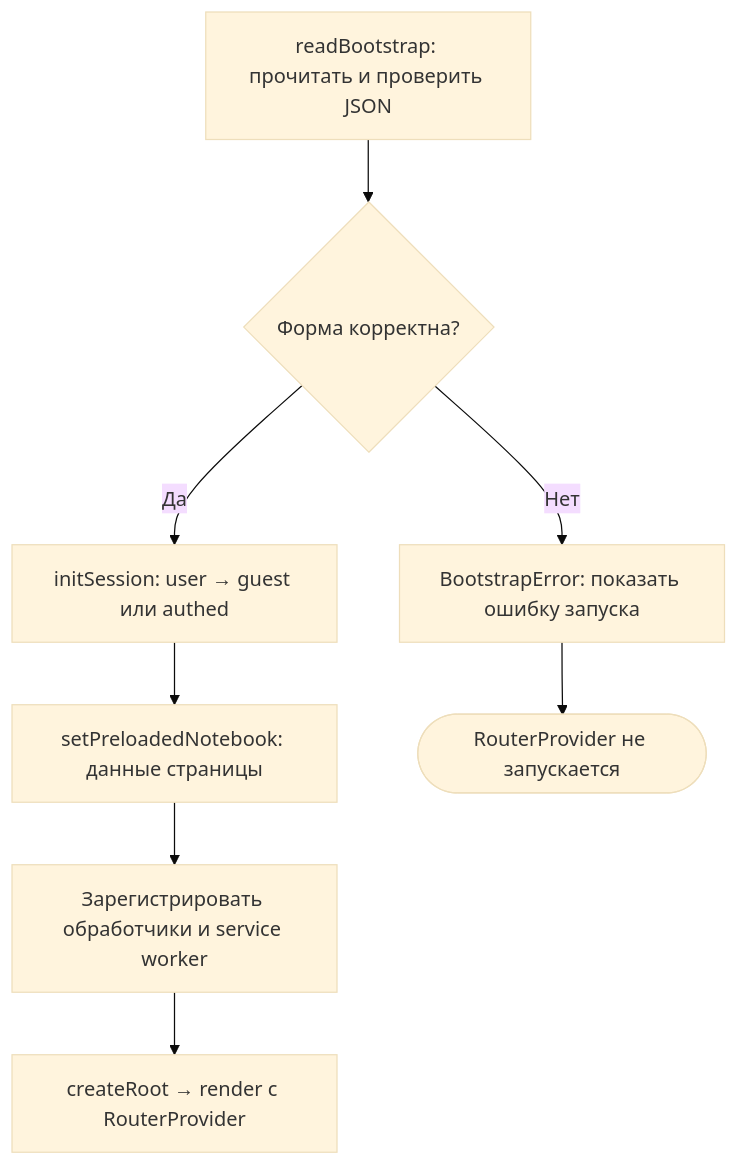
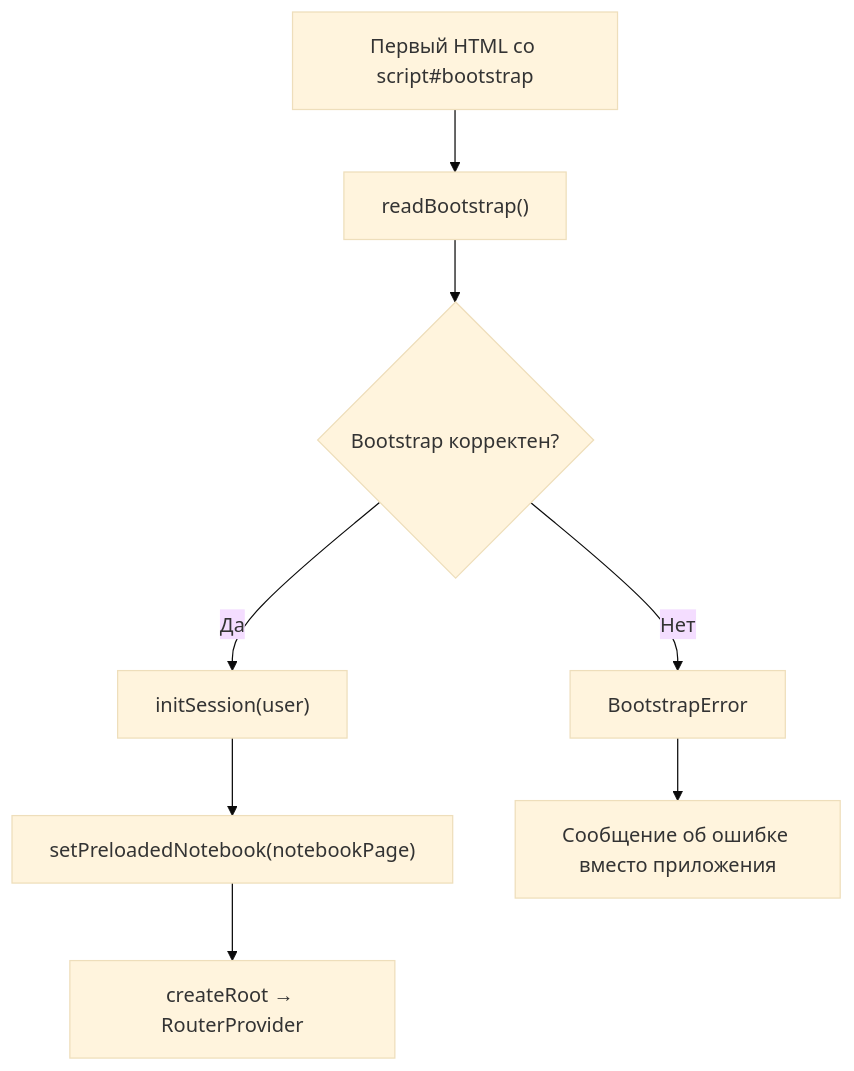
Before and after one commit to Cringe-Driven-Development-Team/docs: the diagram in site/documentation/frontend/startup.md, drawn with Mermaid (base theme). The commit also changed other lines of this file and 9 other files, not shown here.

````diff
--- a/site/documentation/frontend/startup.md
+++ b/site/documentation/frontend/startup.md
@@ -78,11 +27,10 @@
 ```mermaid
-%% Flowchart: проверка входа отделяет успешную инициализацию от остановки.
 flowchart TD
-    readBootstrap["readBootstrap: прочитать и проверить JSON"] --> valid{"Форма корректна?"}
-    valid -->|Да| initSession["initSession: user → guest или authed"]
-    initSession --> preloaded["setPreloadedNotebook: данные страницы"]
-    preloaded --> prepare["Зарегистрировать обработчики и service worker"]
-    prepare --> render["createRoot → render с RouterProvider"]
-    valid -->|Нет| failure["BootstrapError: показать ошибку запуска"]
-    failure --> stopped(["RouterProvider не запускается"])
+    html["Первый HTML со script#bootstrap"] --> read["readBootstrap()"]
+    read --> valid{"Bootstrap корректен?"}
+    valid -->|Да| session["initSession(user)"]
+    session --> notebook["setPreloadedNotebook(notebookPage)"]
+    notebook --> router["createRoot → RouterProvider"]
+    valid -->|Нет| failure["BootstrapError"]
+    failure --> stopped["Сообщение об ошибке вместо приложения"]
 ```
````
